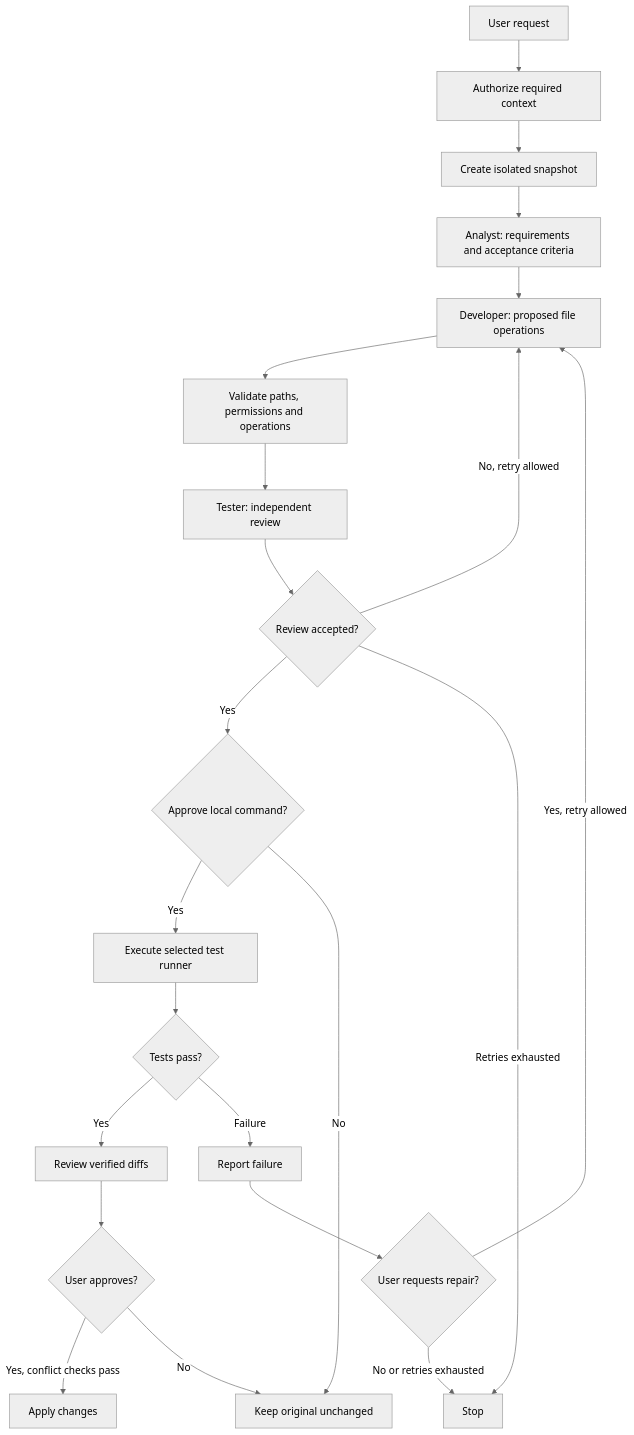
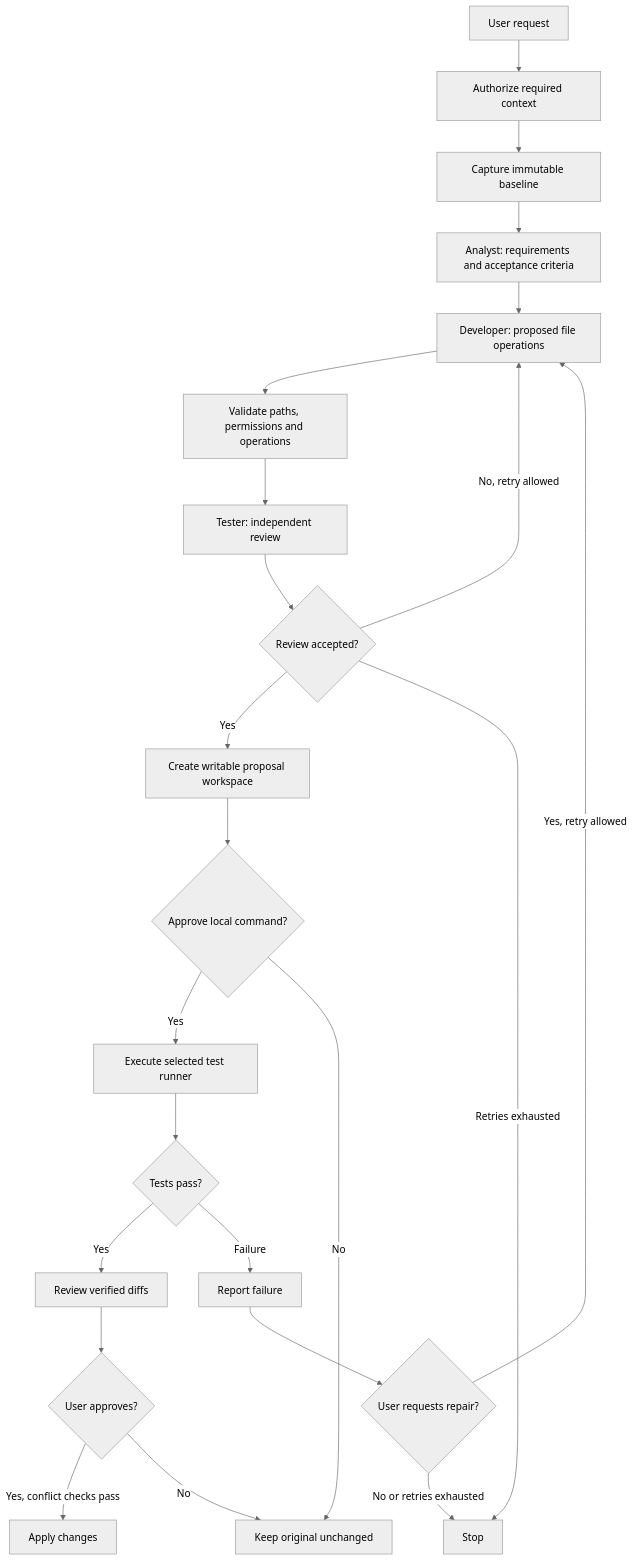
One commit to cmartinferrer/cmf-dev-studio changed the second of 2 diagrams in README.md. Above: the diagram before and after it, drawn with Mermaid (neutral theme). The commit also changed other lines of this file and 39 other files, not shown here.

````diff
--- a/README.md
+++ b/README.md
@@ -109,24 +109,25 @@
 ```mermaid
 flowchart TD
     Task[User request] --> Context[Authorize required context]
-    Context --> Snapshot[Create isolated snapshot]
+    Context --> Snapshot[Capture immutable baseline]
     Snapshot --> Analyst[Analyst: requirements and acceptance criteria]
     Analyst --> Developer[Developer: proposed file operations]
     Developer --> Validate[Validate paths, permissions and operations]
     Validate --> Tester[Tester: independent review]
     Tester --> Review{Review accepted?}
     Review -->|No, retry allowed| Developer
-    Review -->|Yes| Permission{Approve local command?}
+    Review -->|Yes| Workspace[Create writable proposal workspace]
+    Workspace --> Permission{Approve local command?}
     Permission -->|Yes| Run[Execute selected test runner]
     Permission -->|No| Keep
     Run --> Result{Tests pass?}
     Result -->|Yes| Diff[Review verified diffs]
     Result -->|Failure| Failure[Report failure]
     Failure --> Repair{User requests repair?}
     Repair -->|Yes, retry allowed| Developer
     Repair -->|No or retries exhausted| Stop[Stop]
     Review -->|Retries exhausted| Stop
     Diff --> Approval{User approves?}
     Approval -->|Yes, conflict checks pass| Apply[Apply changes]
     Approval -->|No| Keep[Keep original unchanged]
 ```
````
